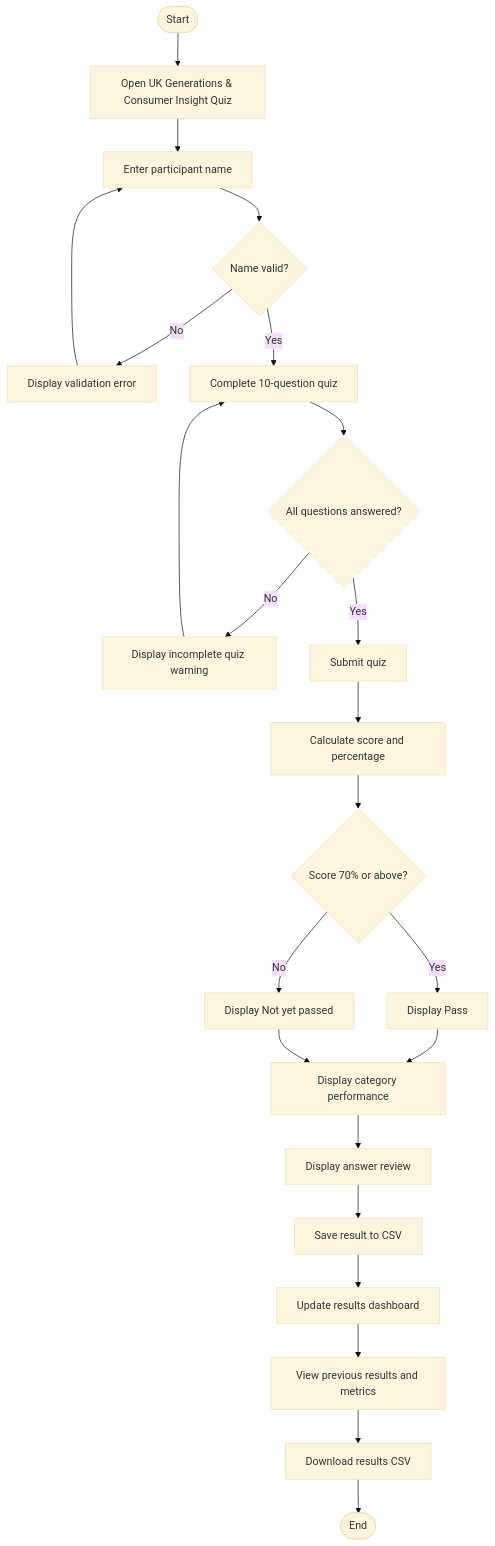
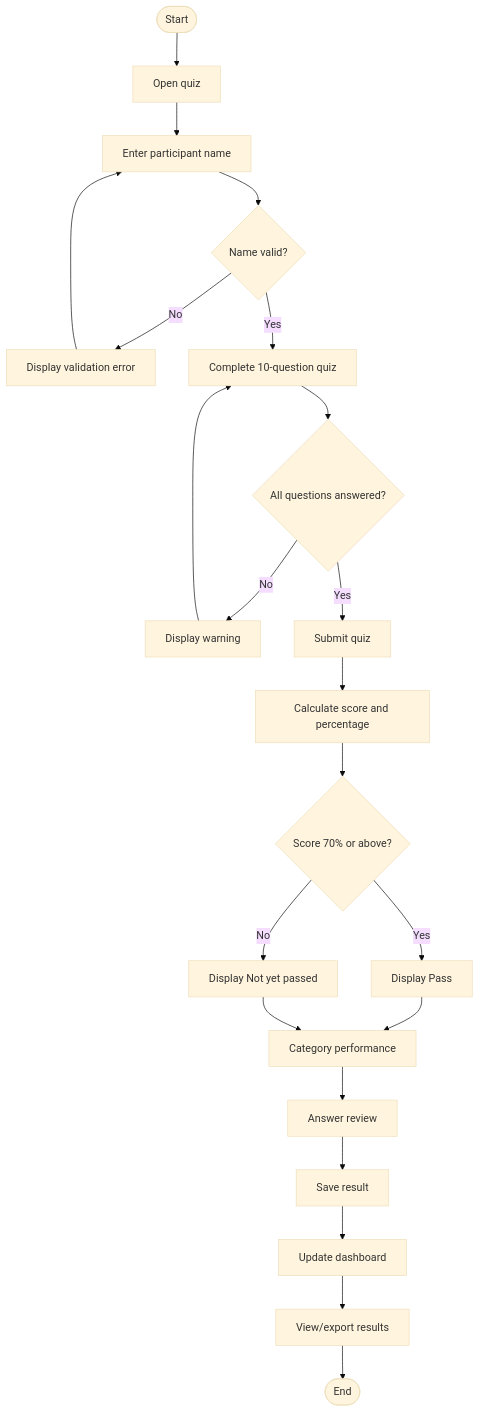
Before and after one commit to dt-nul/uk-generations-quiz: the first of 3 diagrams in README.md, drawn with Mermaid (base theme). The commit also changed other lines of this file, not shown here.

````diff
--- a/README.md
+++ b/README.md
@@ -21,32 +19,24 @@
 ```mermaid
 flowchart TD
-    A([Start]) --> B[Open UK Generations & Consumer Insight Quiz]
+    A([Start]) --> B[Open quiz]
     B --> C[Enter participant name]
     C --> D{Name valid?}
-
     D -- No --> E[Display validation error]
     E --> C
-
     D -- Yes --> F[Complete 10-question quiz]
     F --> G{All questions answered?}
-
-    G -- No --> H[Display incomplete quiz warning]
+    G -- No --> H[Display warning]
     H --> F
-
     G -- Yes --> I[Submit quiz]
     I --> J[Calculate score and percentage]
     J --> K{Score 70% or above?}
-
     K -- Yes --> L[Display Pass]
     K -- No --> M[Display Not yet passed]
-
-    L --> N[Display category performance]
+    L --> N[Category performance]
     M --> N
-
-    N --> O[Display answer review]
-    O --> P[Save result to CSV]
-    P --> Q[Update results dashboard]
-    Q --> R[View previous results and metrics]
-    R --> S[Download results CSV]
-    S --> T([End])
+    N --> O[Answer review]
+    O --> P[Save result]
+    P --> Q[Update dashboard]
+    Q --> R[View/export results]
+    R --> S([End])
 ```
````
